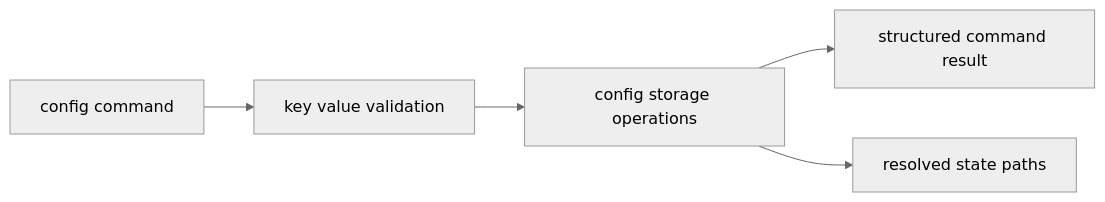
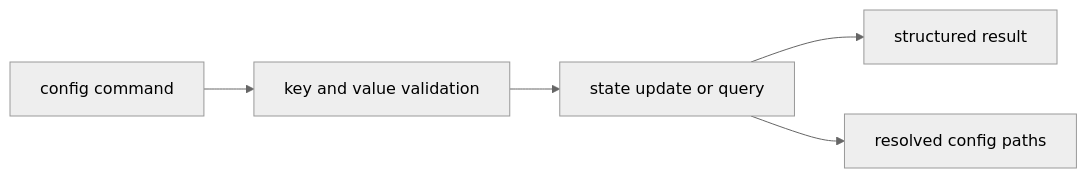
One commit to bijux/bijux-cli changed the diagram in docs/bijux-cli/interfaces/configuration-surface.md. Above: the diagram before and after it, drawn with Mermaid (neutral theme). The commit also changed other lines of this file, not shown here.

````diff
--- a/docs/bijux-cli/interfaces/configuration-surface.md
+++ b/docs/bijux-cli/interfaces/configuration-surface.md
@@ -17,7 +19,7 @@
 ```mermaid
 flowchart LR
-    command["config command"] --> validate["key value validation"]
-    validate --> storage["config storage operations"]
-    storage --> result["structured command result"]
-    storage --> paths["resolved state paths"]
+    command["config command"] --> validate["key and value validation"]
+    validate --> storage["state update or query"]
+    storage --> result["structured result"]
+    storage --> paths["resolved config paths"]
 ```
````
